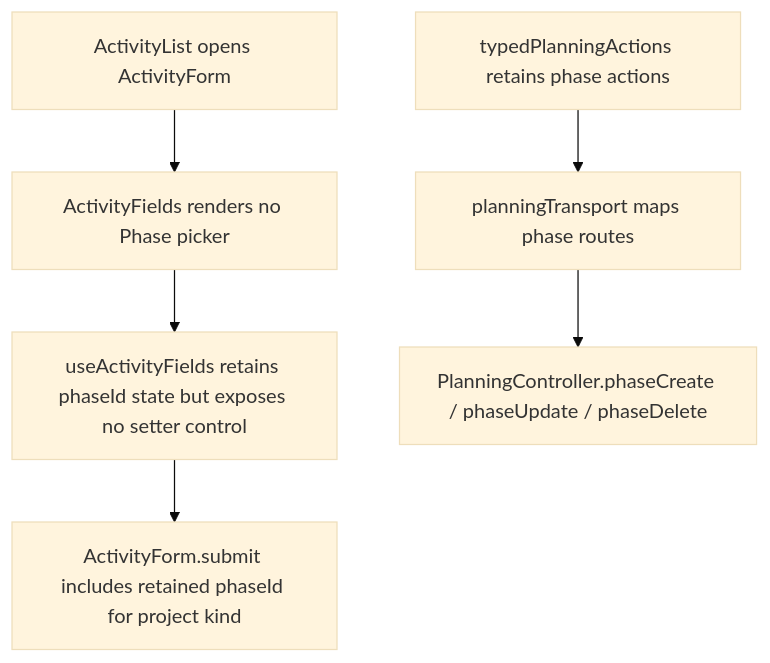
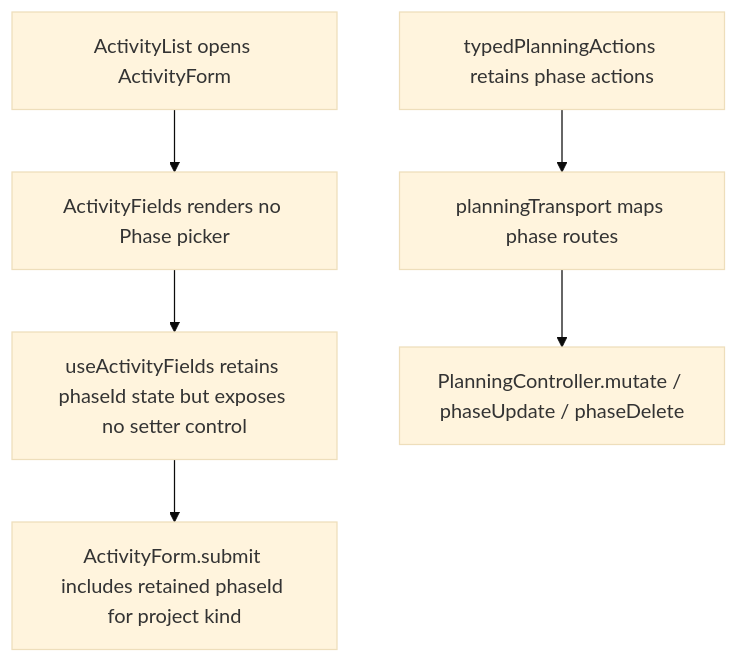
Before and after one commit to Kevinjohn/capacitylens: the second of 2 diagrams in user-stories/activities/US-ACT-02-activity-phase.md, drawn with Mermaid (base theme). The commit also changed 115 other files, not shown here.

First line of the commit message:
refactor!: collapse the planning mutation routes into one route

````diff
--- a/user-stories/activities/US-ACT-02-activity-phase.md
+++ b/user-stories/activities/US-ACT-02-activity-phase.md
@@ -33,7 +33,7 @@
 ```mermaid
 flowchart TD
   A["ActivityList opens ActivityForm"] --> B["ActivityFields renders no Phase picker"]
   B --> C["useActivityFields retains phaseId state but exposes no setter control"]
   C --> D["ActivityForm.submit includes retained phaseId for project kind"]
-  E["typedPlanningActions retains phase actions"] --> F["planningTransport maps phase routes"] --> G["PlanningController.phaseCreate / phaseUpdate / phaseDelete"]
+  E["typedPlanningActions retains phase actions"] --> F["planningTransport maps phase routes"] --> G["PlanningController.mutate / phaseUpdate / phaseDelete"]
 ```
````
